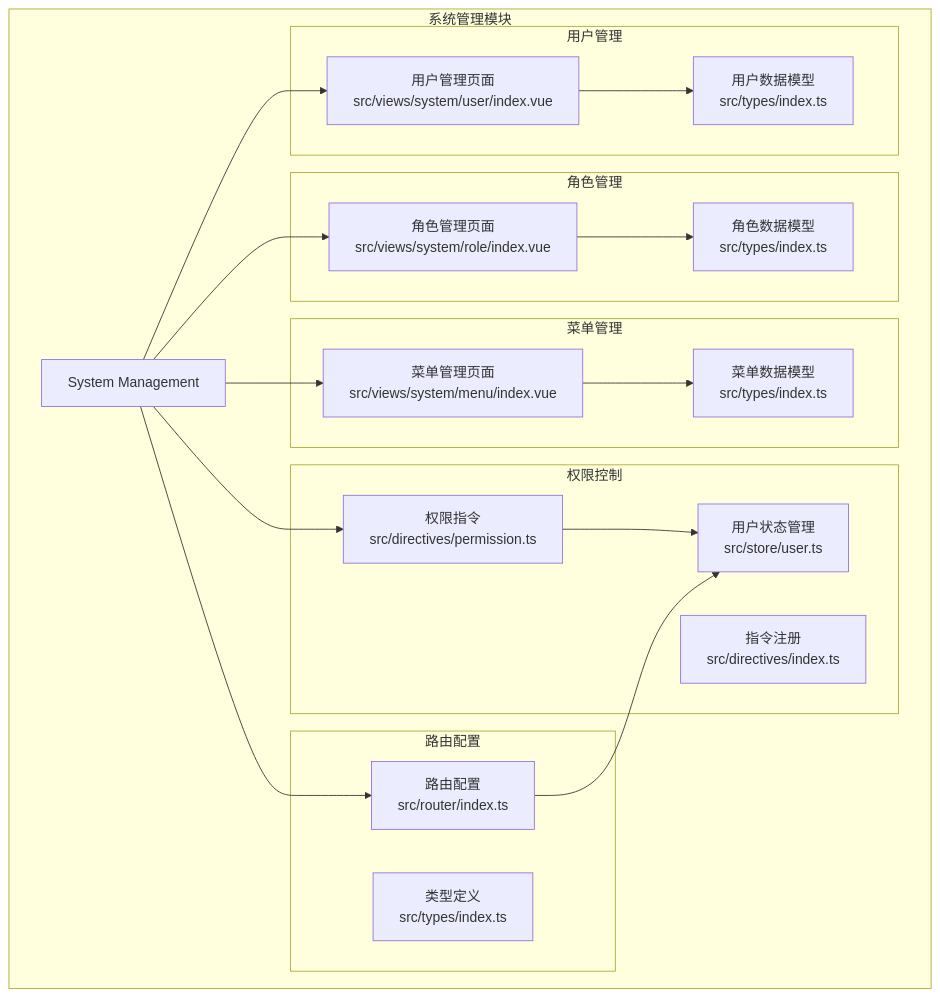
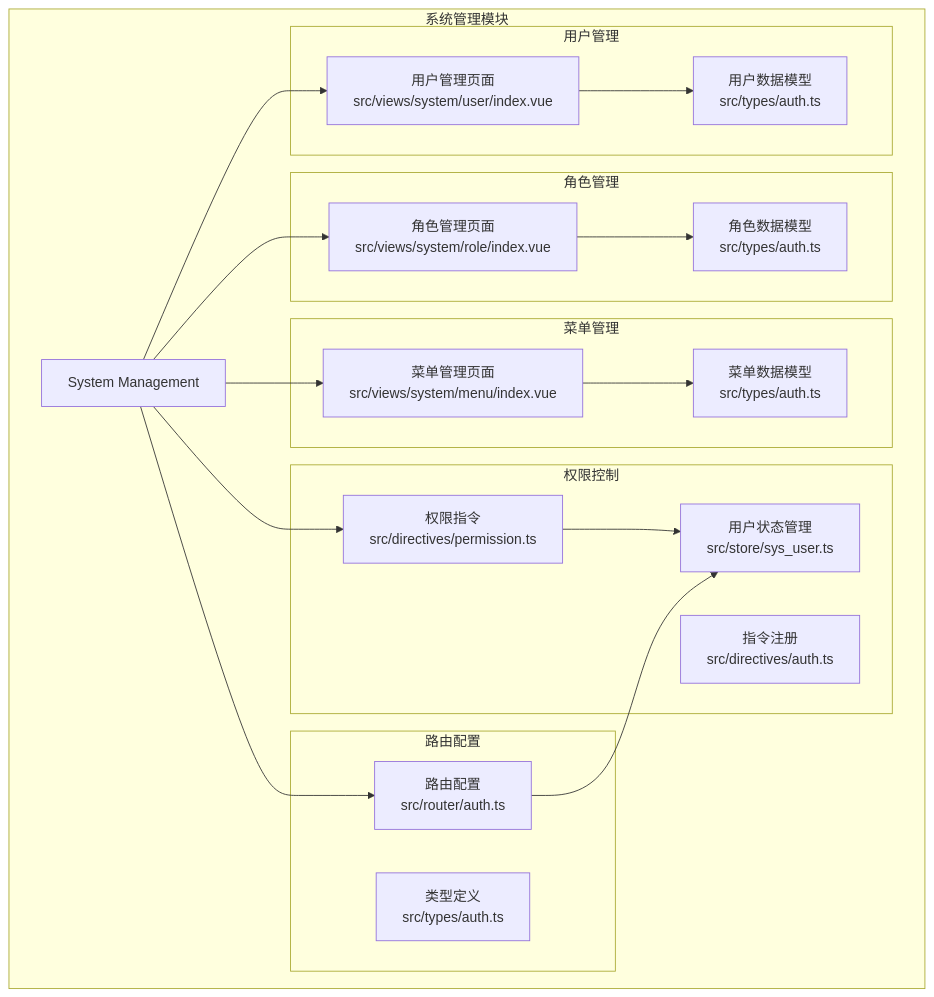
The first of 7 diagrams in .qoder/repowiki/zh/content/系统管理模块/系统管理模块.md (qiseyun/vue-ts-admin), drawn with Mermaid before and after one commit. The commit also changed other lines of this file and 42 other files, not shown here.

````diff
--- a/.qoder/repowiki/zh/content/系统管理模块/系统管理模块.md
+++ b/.qoder/repowiki/zh/content/系统管理模块/系统管理模块.md
@@ -41,37 +41,37 @@
 ```mermaid
 graph TB
 subgraph "系统管理模块"
 SM[System Management]
 subgraph "用户管理"
 UIndex[用户管理页面<br/>src/views/system/user/index.vue]
-UModel[用户数据模型<br/>src/types/index.ts]
+UModel[用户数据模型<br/>src/types/auth.ts]
 end
 subgraph "角色管理"
 RIndex[角色管理页面<br/>src/views/system/role/index.vue]
-RModel[角色数据模型<br/>src/types/index.ts]
+RModel[角色数据模型<br/>src/types/auth.ts]
 end
 subgraph "菜单管理"
 MIndex[菜单管理页面<br/>src/views/system/menu/index.vue]
-MModel[菜单数据模型<br/>src/types/index.ts]
+MModel[菜单数据模型<br/>src/types/auth.ts]
 end
 subgraph "权限控制"
 PDir[权限指令<br/>src/directives/permission.ts]
-PReg[指令注册<br/>src/directives/index.ts]
-Store[用户状态管理<br/>src/store/user.ts]
+PReg[指令注册<br/>src/directives/auth.ts]
+Store[用户状态管理<br/>src/store/sys_user.ts]
 end
 subgraph "路由配置"
-Router[路由配置<br/>src/router/index.ts]
-Types[类型定义<br/>src/types/index.ts]
+Router[路由配置<br/>src/router/auth.ts]
+Types[类型定义<br/>src/types/auth.ts]
 end
 end
 SM --> UIndex
 SM --> RIndex
 SM --> MIndex
 SM --> PDir
 SM --> Router
 UIndex --> UModel
 RIndex --> RModel
 MIndex --> MModel
 PDir --> Store
 Router --> Store
 ```
````
